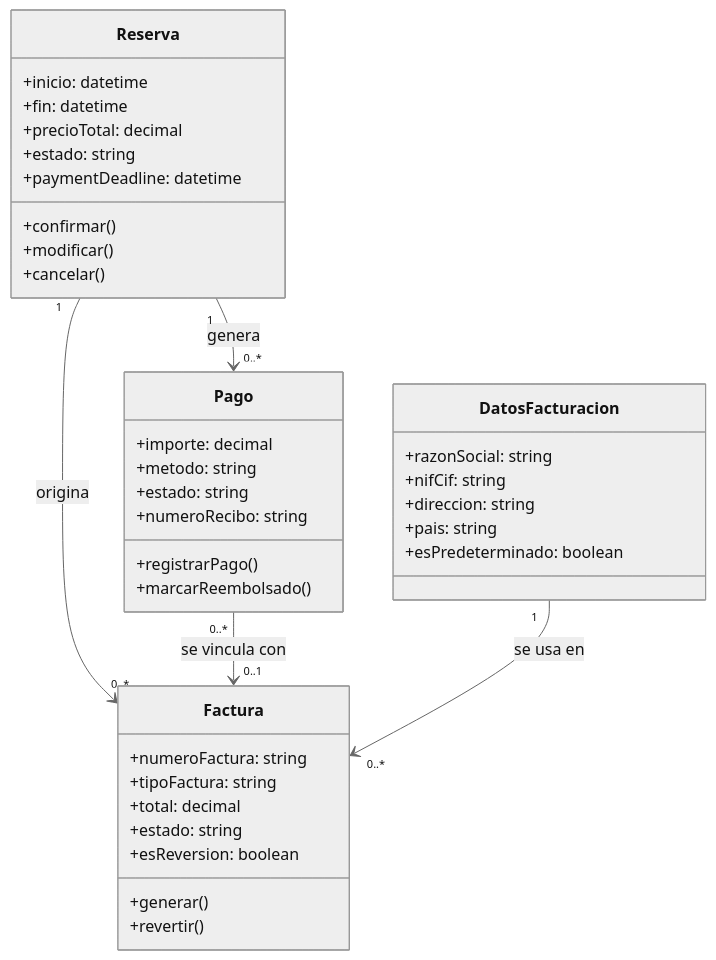
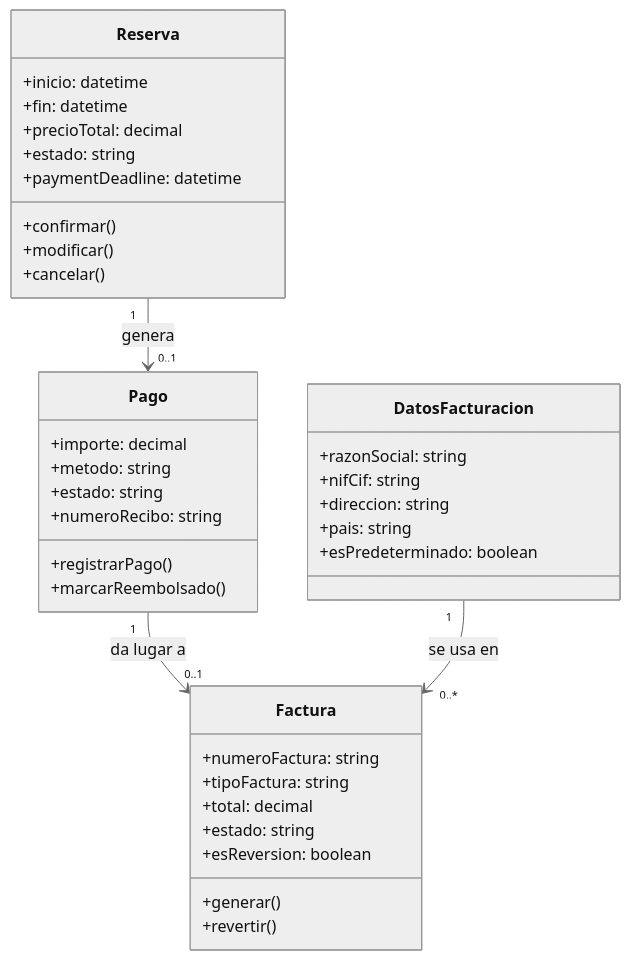
One commit to NerineDev/tfg-plataforma-citas-docs changed the diagram in bocetos/diagrama-clases-simple-bloque-economico.mmd. Above: the diagram before and after it, drawn with Mermaid (neutral theme).

Commit message:
Refactor class diagram for economic block

```diff
--- a/bocetos/diagrama-clases-simple-bloque-economico.mmd
+++ b/bocetos/diagrama-clases-simple-bloque-economico.mmd
@@ -1,43 +1,42 @@
 classDiagram
-    class Reserva {
-        +inicio: datetime
-        +fin: datetime
-        +precioTotal: decimal
-        +estado: string
-        +paymentDeadline: datetime
-        +confirmar()
-        +modificar()
-        +cancelar()
-    }
+class Reserva {
+  +inicio: datetime
+  +fin: datetime
+  +precioTotal: decimal
+  +estado: string
+  +paymentDeadline: datetime
+  +confirmar()
+  +modificar()
+  +cancelar()
+}
 
-    class Pago {
-        +importe: decimal
-        +metodo: string
-        +estado: string
-        +numeroRecibo: string
-        +registrarPago()
-        +marcarReembolsado()
-    }
+class Pago {
+  +importe: decimal
+  +metodo: string
+  +estado: string
+  +numeroRecibo: string
+  +registrarPago()
+  +marcarReembolsado()
+}
 
-    class Factura {
-        +numeroFactura: string
-        +tipoFactura: string
-        +total: decimal
-        +estado: string
-        +esReversion: boolean
-        +generar()
-        +revertir()
-    }
+class Factura {
+  +numeroFactura: string
+  +tipoFactura: string
+  +total: decimal
+  +estado: string
+  +esReversion: boolean
+  +generar()
+  +revertir()
+}
 
-    class DatosFacturacion {
-        +razonSocial: string
-        +nifCif: string
-        +direccion: string
-        +pais: string
-        +esPredeterminado: boolean
-    }
+class DatosFacturacion {
+  +razonSocial: string
+  +nifCif: string
+  +direccion: string
+  +pais: string
+  +esPredeterminado: boolean
+}
 
-    Reserva "1" --> "0..*" Pago : genera
-    Reserva "1" --> "0..*" Factura : origina
-    Pago "0..*" --> "0..1" Factura : se vincula con
-    DatosFacturacion "1" --> "0..*" Factura : se usa en
+Reserva "1" --> "0..1" Pago : genera
+Pago "1" --> "0..1" Factura : da lugar a
+DatosFacturacion "1" --> "0..*" Factura : se usa en
```
